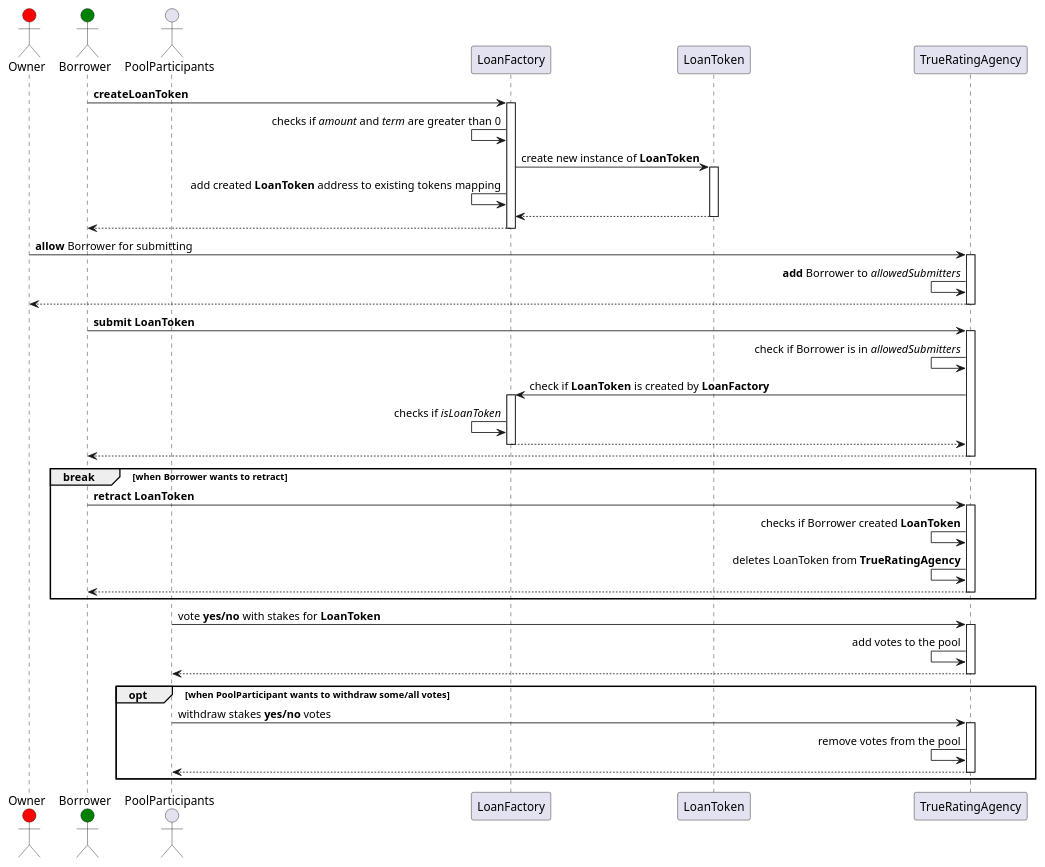
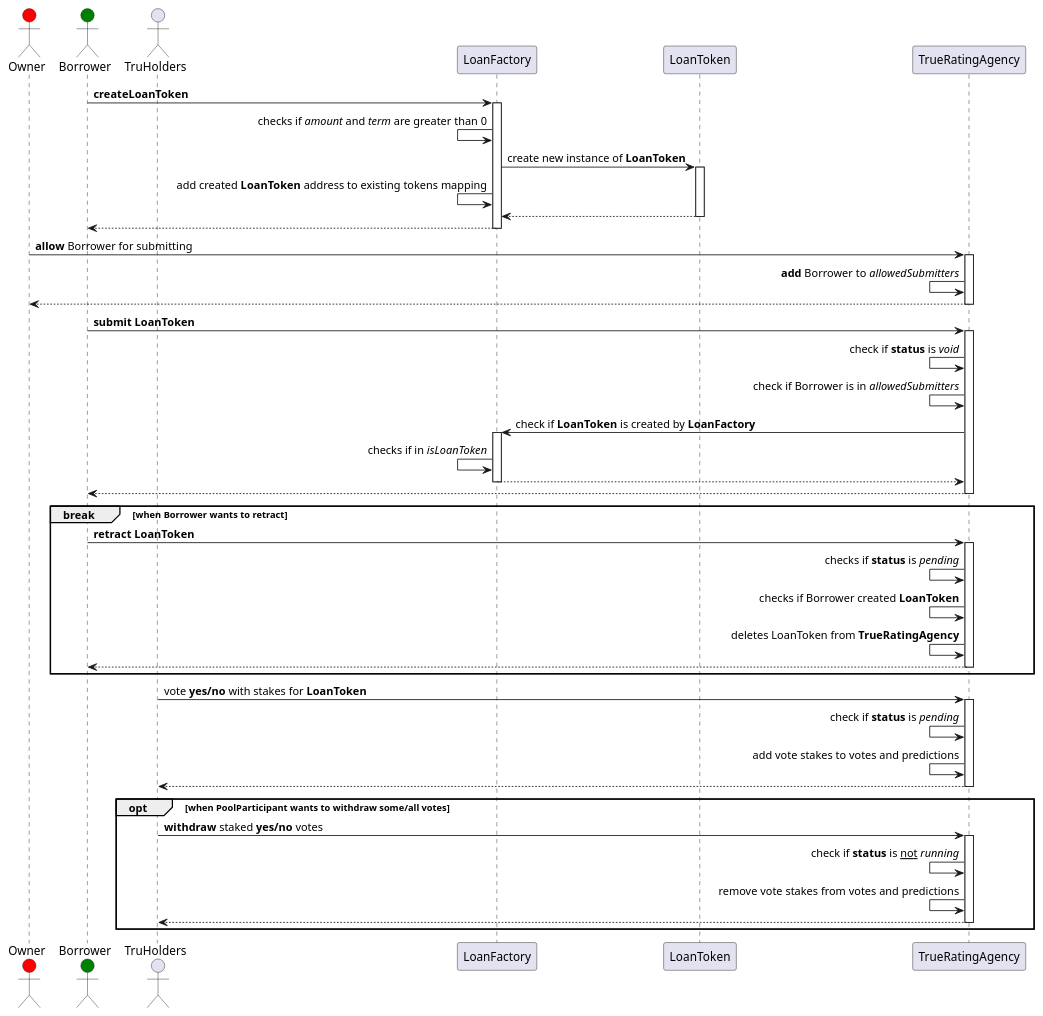
One commit to yuchennil/smart-contracts changed the diagram in contracts/truefi/docs/UsersInteractions/loanFlow_sequence.puml. Above: the diagram before and after it, drawn with PlantUML. The commit also changed 1 other file, not shown here.

```diff
--- a/contracts/truefi/docs/UsersInteractions/loanFlow_sequence.puml
+++ b/contracts/truefi/docs/UsersInteractions/loanFlow_sequence.puml
@@ -1,62 +1,67 @@
 @startuml joiningPool
 actor Owner #Red
 actor Borrower #Green
-actor PoolParticipants
+actor TruHolders
 
 Borrower -> LoanFactory : **createLoanToken**
 activate LoanFactory
 LoanFactory <- LoanFactory : checks if //amount// and //term// are greater than 0
 
 LoanFactory -> LoanToken : create new instance of **LoanToken**
 activate LoanToken
 LoanFactory <- LoanFactory : add created **LoanToken** address to existing tokens mapping
 LoanFactory <-- LoanToken
 deactivate LoanToken
 
 Borrower <-- LoanFactory
 deactivate LoanFactory
 
 Owner -> TrueRatingAgency : **allow** Borrower for submitting
 activate TrueRatingAgency
 TrueRatingAgency <- TrueRatingAgency : **add** Borrower to //allowedSubmitters//
 Owner <-- TrueRatingAgency
 deactivate TrueRatingAgency
 
 Borrower -> TrueRatingAgency : **submit** **LoanToken**
 activate TrueRatingAgency
+TrueRatingAgency <- TrueRatingAgency : check if **status** is //void//
 TrueRatingAgency <- TrueRatingAgency : check if Borrower is in //allowedSubmitters//
 
 TrueRatingAgency -> LoanFactory : check if **LoanToken** is created by **LoanFactory**
 activate LoanFactory
-LoanFactory <- LoanFactory : checks if //isLoanToken//
+LoanFactory <- LoanFactory : checks if in //isLoanToken//
 TrueRatingAgency <-- LoanFactory
 deactivate LoanFactory
 
 Borrower <-- TrueRatingAgency
 deactivate TrueRatingAgency
 
 break when Borrower wants to retract
     Borrower -> TrueRatingAgency : **retract** **LoanToken**
     activate TrueRatingAgency
+    TrueRatingAgency <- TrueRatingAgency : checks if **status** is //pending//
     TrueRatingAgency <- TrueRatingAgency : checks if Borrower created **LoanToken**
     TrueRatingAgency <- TrueRatingAgency : deletes LoanToken from **TrueRatingAgency**
     Borrower <-- TrueRatingAgency
     deactivate TrueRatingAgency
     end
 
-PoolParticipants -> TrueRatingAgency : vote **yes/no** with stakes for **LoanToken**
+TruHolders -> TrueRatingAgency : vote **yes/no** with stakes for **LoanToken**
 activate TrueRatingAgency
-TrueRatingAgency <- TrueRatingAgency : add votes to the pool
-PoolParticipants <-- TrueRatingAgency
+TrueRatingAgency <- TrueRatingAgency : check if **status** is //pending//
+TrueRatingAgency <- TrueRatingAgency : add vote stakes to votes and predictions
+TruHolders <-- TrueRatingAgency
 deactivate TrueRatingAgency
 
 opt when PoolParticipant wants to withdraw some/all votes
-    PoolParticipants -> TrueRatingAgency : withdraw stakes **yes/no** votes
+    TruHolders -> TrueRatingAgency : **withdraw** staked **yes/no** votes
     activate TrueRatingAgency
-    TrueRatingAgency <- TrueRatingAgency : remove votes from the pool
-    PoolParticipants <-- TrueRatingAgency
+    TrueRatingAgency <- TrueRatingAgency : check if **status** is __not__ //running//
+    TrueRatingAgency <- TrueRatingAgency : remove vote stakes from votes and predictions
+    TruHolders <-- TrueRatingAgency
     deactivate TrueRatingAgency
     end
 
 
+
 @enduml
```
